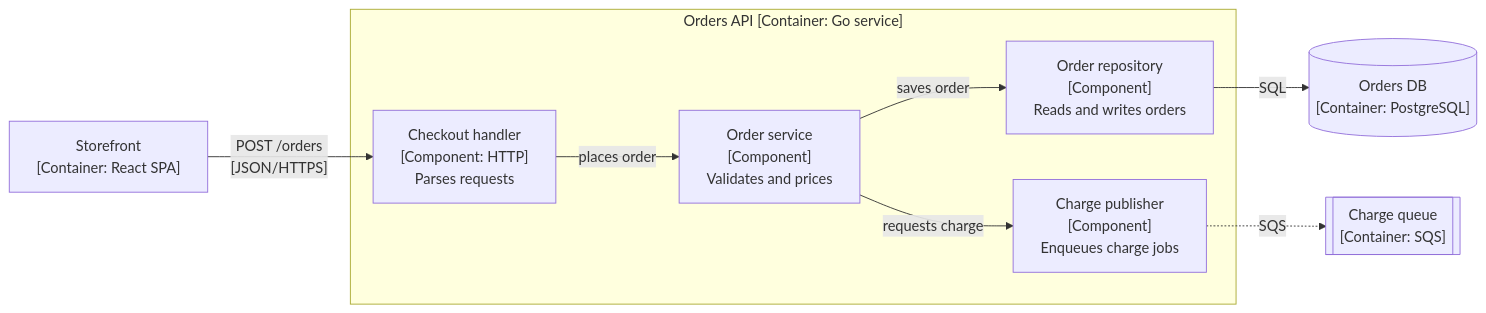
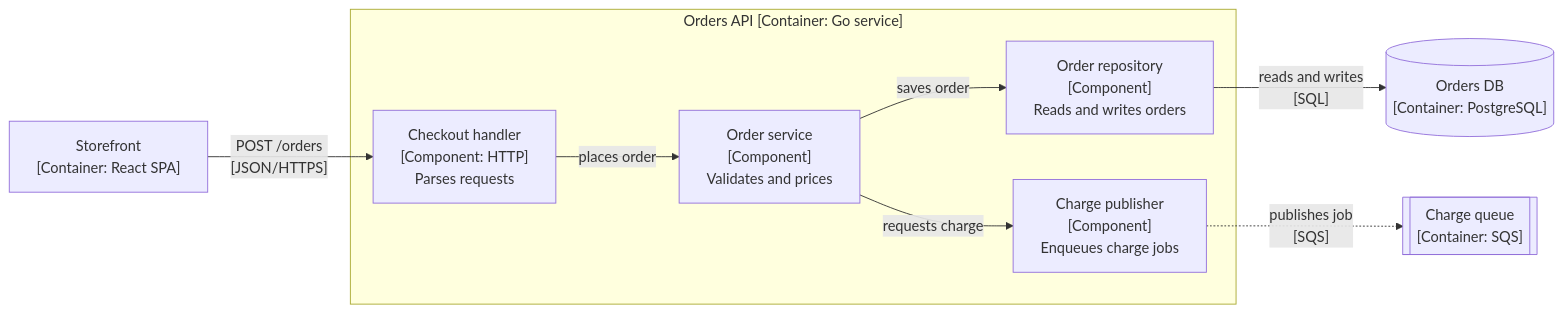
Before and after one commit to paulnsorensen/easy-cheese: the fourth of 13 diagrams in skills/cheese/references/diagram-templates.md, drawn with Mermaid. The commit also changed other lines of this file and 14 other files, not shown here.

First line of the commit message:
docs(skills): apply review fixes to C4 diagram references

````diff
--- a/skills/cheese/references/diagram-templates.md
+++ b/skills/cheese/references/diagram-templates.md
@@ -101,18 +101,18 @@
 ```mermaid
 flowchart LR
   Web["Storefront<br>[Container: React SPA]"]
   subgraph API["Orders API [Container: Go service]"]
     Handler["Checkout handler<br>[Component: HTTP]<br>Parses requests"]
     Service["Order service<br>[Component]<br>Validates and prices"]
     Repo["Order repository<br>[Component]<br>Reads and writes orders"]
     Pub["Charge publisher<br>[Component]<br>Enqueues charge jobs"]
   end
   DB[("Orders DB<br>[Container: PostgreSQL]")]
   Queue[["Charge queue<br>[Container: SQS]"]]
   Web -->|"POST /orders<br>[JSON/HTTPS]"| Handler
   Handler -->|"places order"| Service
   Service -->|"saves order"| Repo
   Service -->|"requests charge"| Pub
-  Repo -->|"SQL"| DB
-  Pub -.->|"SQS"| Queue
+  Repo -->|"reads and writes<br>[SQL]"| DB
+  Pub -.->|"publishes job<br>[SQS]"| Queue
 ```
````
